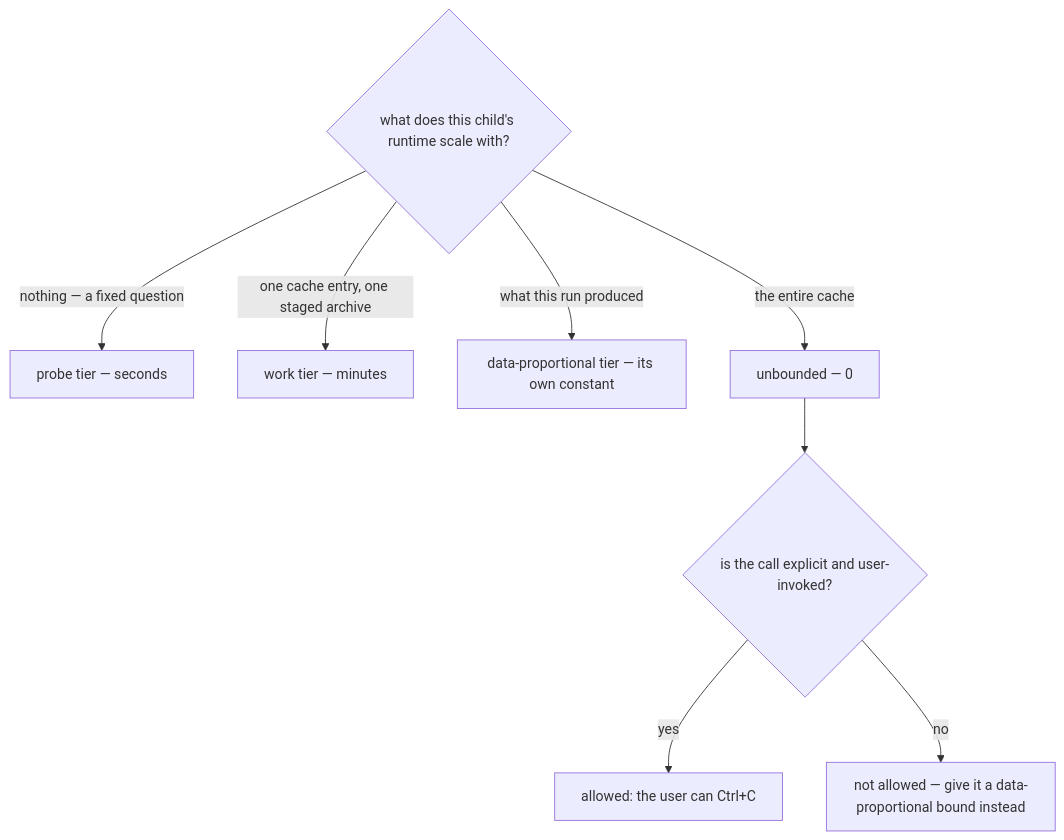
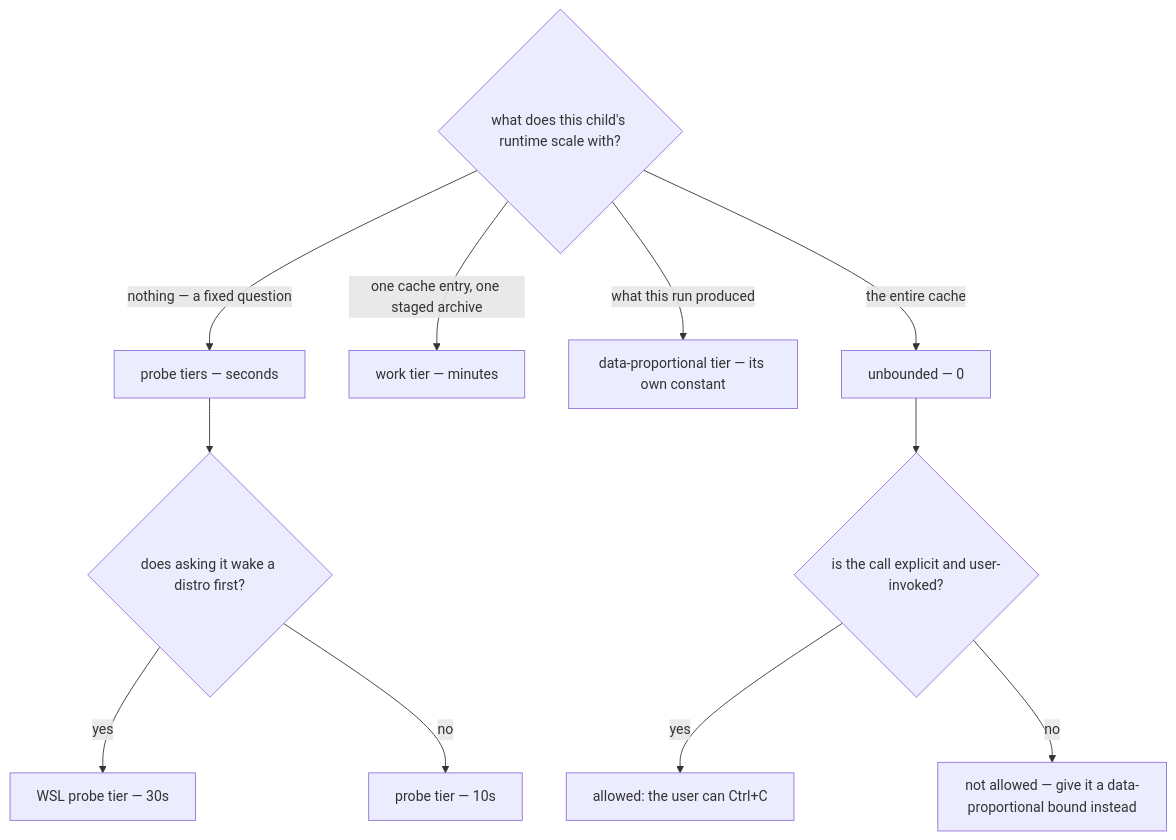
Before and after one commit to Esposter/Esposter: the diagram in packages/app/content/docs/virrun/subprocess-timeouts.md, drawn with Mermaid. The commit also changed other lines of this file and 16 other files, not shown here.

````diff
--- a/packages/app/content/docs/virrun/subprocess-timeouts.md
+++ b/packages/app/content/docs/virrun/subprocess-timeouts.md
@@ -14,11 +14,14 @@
 ```mermaid
 flowchart TD
   W{"what does this child's runtime scale with?"}
-  W -->|"nothing — a fixed question"| P["probe tier — seconds"]
+  W -->|"nothing — a fixed question"| P["probe tiers — seconds"]
+  P --> B{"does asking it wake a distro first?"}
+  B -->|yes| PW["WSL probe tier — 30s"]
+  B -->|no| PP["probe tier — 10s"]
   W -->|"one cache entry, one staged archive"| K["work tier — minutes"]
   W -->|"what this run produced"| D["data-proportional tier — its own constant"]
   W -->|"the entire cache"| U["unbounded — 0"]
   U --> C{"is the call explicit and user-invoked?"}
   C -->|yes| OK["allowed: the user can Ctrl+C"]
   C -->|no| BAD["not allowed — give it a data-proportional bound instead"]
 ```
````
